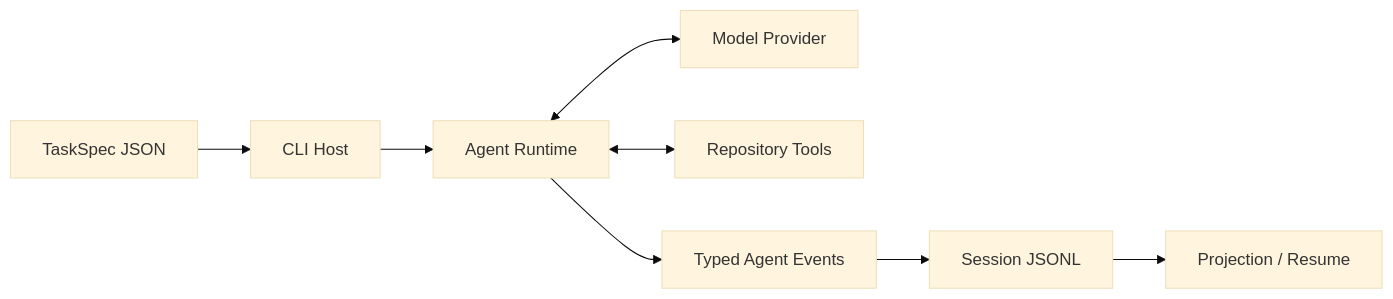
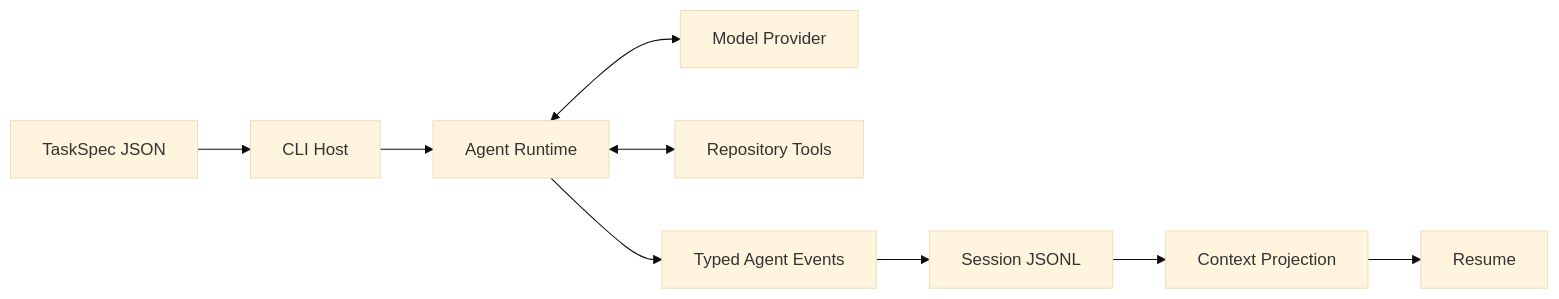
The diagram in README.md (SkyNet-T-800/CodeL), drawn with Mermaid (base theme) before and after one commit. The commit also changed other lines of this file and 19 other files, not shown here.

````diff
--- a/README.md
+++ b/README.md
@@ -159,10 +185,11 @@
 ```mermaid
 flowchart LR
   A["TaskSpec JSON"] --> B["CLI Host"]
   B --> C["Agent Runtime"]
   C <--> D["Model Provider"]
   C <--> E["Repository Tools"]
   C --> F["Typed Agent Events"]
   F --> G["Session JSONL"]
-  G --> H["Projection / Resume"]
+  G --> H["Context Projection"]
+  H --> I["Resume"]
 ```
````
